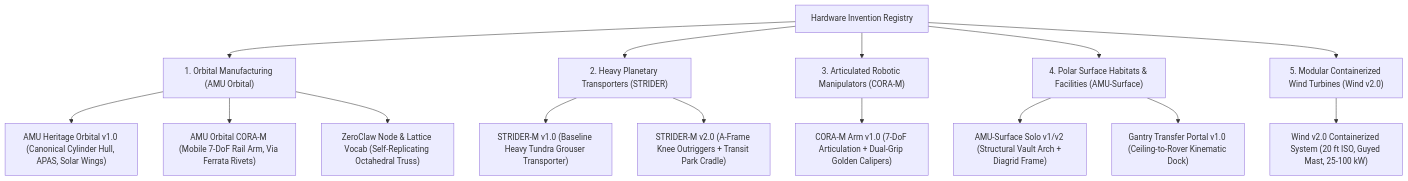
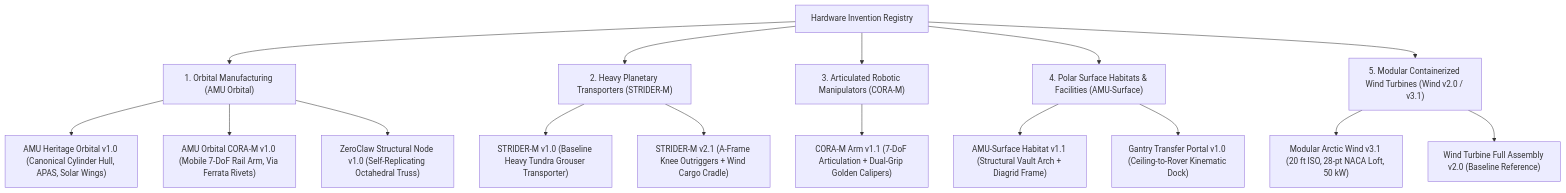
Before and after one commit to stellardreams/asi.surge.sh: the diagram in cad_and_blender/REGISTRY.md, drawn with Mermaid. The commit also changed other lines of this file, not shown here.

````diff
--- a/cad_and_blender/REGISTRY.md
+++ b/cad_and_blender/REGISTRY.md
@@ -13,22 +13,23 @@
 ```mermaid
 graph TD
     A["Hardware Invention Registry"] --> B["1. Orbital Manufacturing (AMU Orbital)"]
-    A --> C["2. Heavy Planetary Transporters (STRIDER)"]
+    A --> C["2. Heavy Planetary Transporters (STRIDER-M)"]
     A --> D["3. Articulated Robotic Manipulators (CORA-M)"]
     A --> E["4. Polar Surface Habitats & Facilities (AMU-Surface)"]
-    A --> F["5. Modular Containerized Wind Turbines (Wind v2.0)"]
+    A --> F["5. Modular Containerized Wind Turbines (Wind v2.0 / v3.1)"]
     
     B --> B1["AMU Heritage Orbital v1.0 (Canonical Cylinder Hull, APAS, Solar Wings)"]
-    B --> B2["AMU Orbital CORA-M (Mobile 7-DoF Rail Arm, Via Ferrata Rivets)"]
-    B --> B3["ZeroClaw Node & Lattice Vocab (Self-Replicating Octahedral Truss)"]
+    B --> B2["AMU Orbital CORA-M v1.0 (Mobile 7-DoF Rail Arm, Via Ferrata Rivets)"]
+    B --> B3["ZeroClaw Structural Node v1.0 (Self-Replicating Octahedral Truss)"]
     
     C --> C1["STRIDER-M v1.0 (Baseline Heavy Tundra Grouser Transporter)"]
-    C --> C2["STRIDER-M v2.0 (A-Frame Knee Outriggers + Transit Park Cradle)"]
+    C --> C2["STRIDER-M v2.1 (A-Frame Knee Outriggers + Wind Cargo Cradle)"]
     
-    D --> D1["CORA-M Arm v1.0 (7-DoF Articulation + Dual-Grip Golden Calipers)"]
+    D --> D1["CORA-M Arm v1.1 (7-DoF Articulation + Dual-Grip Golden Calipers)"]
     
-    E --> E1["AMU-Surface Solo v1/v2 (Structural Vault Arch + Diagrid Frame)"]
+    E --> E1["AMU-Surface Habitat v1.1 (Structural Vault Arch + Diagrid Frame)"]
     E --> E2["Gantry Transfer Portal v1.0 (Ceiling-to-Rover Kinematic Dock)"]
     
-    F --> F1["Wind v2.0 Containerized System (20 ft ISO, Guyed Mast, 25-100 kW)"]
+    F --> F1["Modular Arctic Wind v3.1 (20 ft ISO, 28-pt NACA Loft, 50 kW)"]
+    F --> F2["Wind Turbine Full Assembly v2.0 (Baseline Reference)"]
 ```
````
